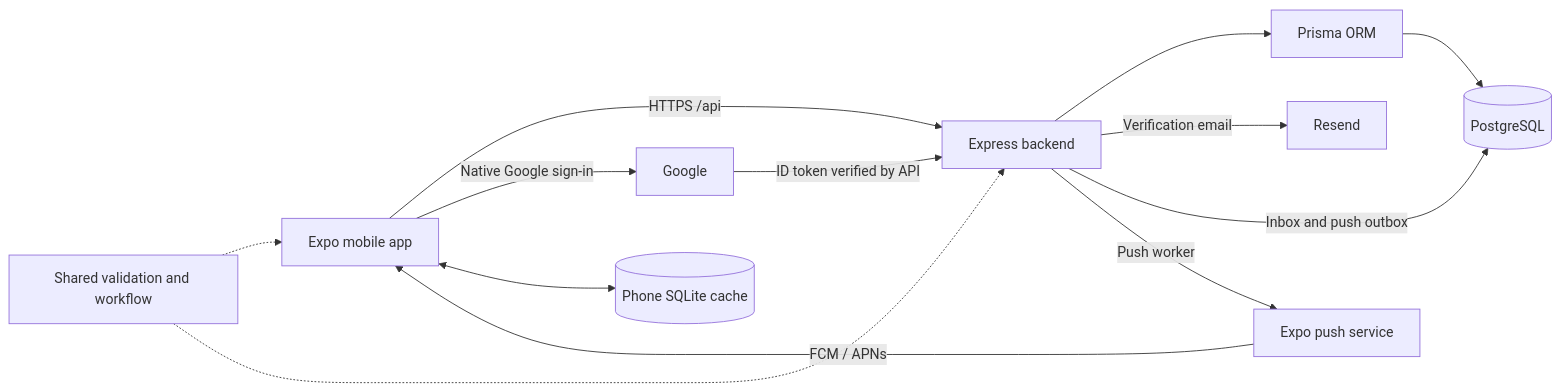
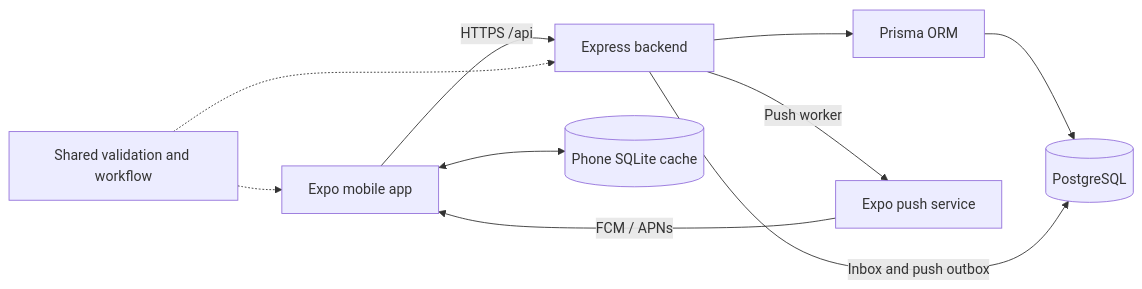
One commit to samiksha-jangid27/LaundryTrack changed the diagram in README.md. Above: the diagram before and after it, drawn with Mermaid. The commit also changed other lines of this file and 22 other files, not shown here.

````diff
--- a/README.md
+++ b/README.md
@@ -115,15 +103,12 @@
 ```mermaid
 flowchart LR
   App[Expo mobile app] -->|HTTPS /api| API[Express backend]
   API --> Prisma[Prisma ORM]
   Prisma --> DB[(PostgreSQL)]
-  API -->|Verification email| Mail[Resend]
-  App -->|Native Google sign-in| Google[Google]
-  Google -->|ID token verified by API| API
   API -->|Inbox and push outbox| DB
   API -->|Push worker| ExpoPush[Expo push service]
   ExpoPush -->|FCM / APNs| App
   App <--> Cache[(Phone SQLite cache)]
   Shared[Shared validation and workflow] -.-> App
   Shared -.-> API
 ```
````
